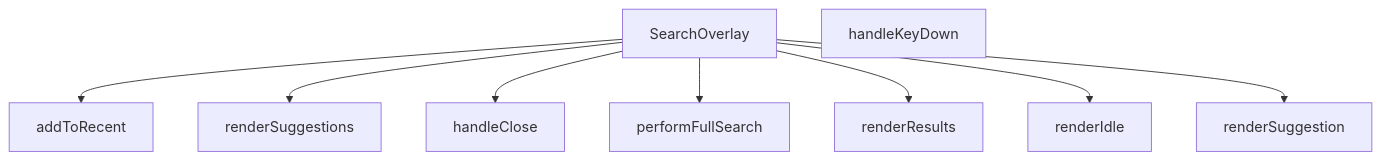
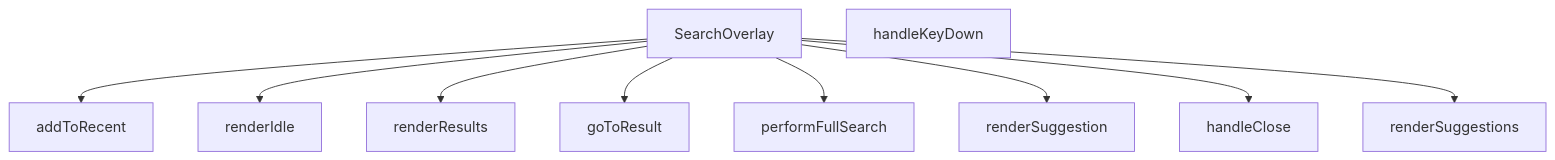
The diagram in src/components/SearchOverlay.md (peckop/venthub-hvac-esite), drawn with Mermaid before and after one commit. The commit also changed other lines of this file and 189 other files, not shown here.

````diff
--- a/src/components/SearchOverlay.md
+++ b/src/components/SearchOverlay.md
@@ -392,19 +320,21 @@
 ```mermaid
 graph TD
     SearchOverlay_tsx__SearchOverlay["SearchOverlay"]
     SearchOverlay_tsx__addToRecent["addToRecent"]
+    SearchOverlay_tsx__goToResult["goToResult"]
     SearchOverlay_tsx__handleClose["handleClose"]
     SearchOverlay_tsx__handleKeyDown["handleKeyDown"]
     SearchOverlay_tsx__performFullSearch["performFullSearch"]
     SearchOverlay_tsx__renderIdle["renderIdle"]
     SearchOverlay_tsx__renderResults["renderResults"]
     SearchOverlay_tsx__renderSuggestion["renderSuggestion"]
     SearchOverlay_tsx__renderSuggestions["renderSuggestions"]
     SearchOverlay_tsx__SearchOverlay --> SearchOverlay_tsx__addToRecent
+    SearchOverlay_tsx__SearchOverlay --> SearchOverlay_tsx__renderIdle
+    SearchOverlay_tsx__SearchOverlay --> SearchOverlay_tsx__renderResults
+    SearchOverlay_tsx__SearchOverlay --> SearchOverlay_tsx__goToResult
+    SearchOverlay_tsx__SearchOverlay --> SearchOverlay_tsx__performFullSearch
+    SearchOverlay_tsx__SearchOverlay --> SearchOverlay_tsx__renderSuggestion
+    SearchOverlay_tsx__SearchOverlay --> SearchOverlay_tsx__handleClose
     SearchOverlay_tsx__SearchOverlay --> SearchOverlay_tsx__renderSuggestions
-    SearchOverlay_tsx__SearchOverlay --> SearchOverlay_tsx__handleClose
-    SearchOverlay_tsx__SearchOverlay --> SearchOverlay_tsx__performFullSearch
-    SearchOverlay_tsx__SearchOverlay --> SearchOverlay_tsx__renderResults
-    SearchOverlay_tsx__SearchOverlay --> SearchOverlay_tsx__renderIdle
-    SearchOverlay_tsx__SearchOverlay --> SearchOverlay_tsx__renderSuggestion
 ```
````
